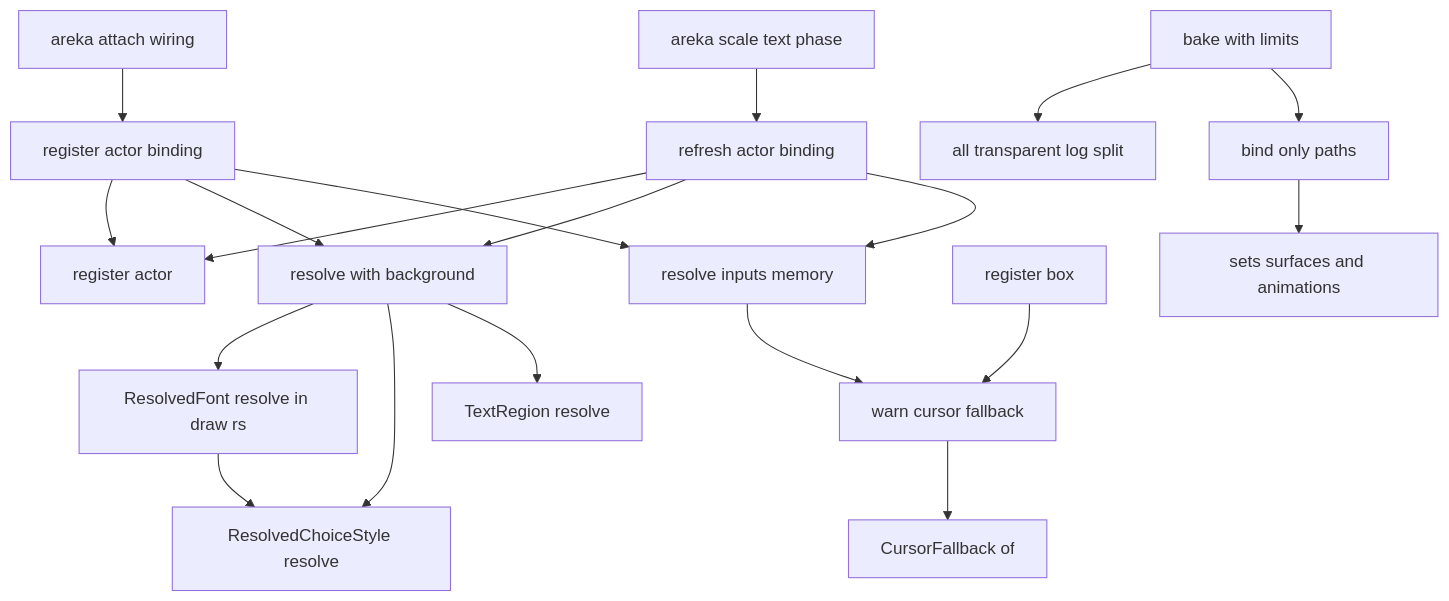
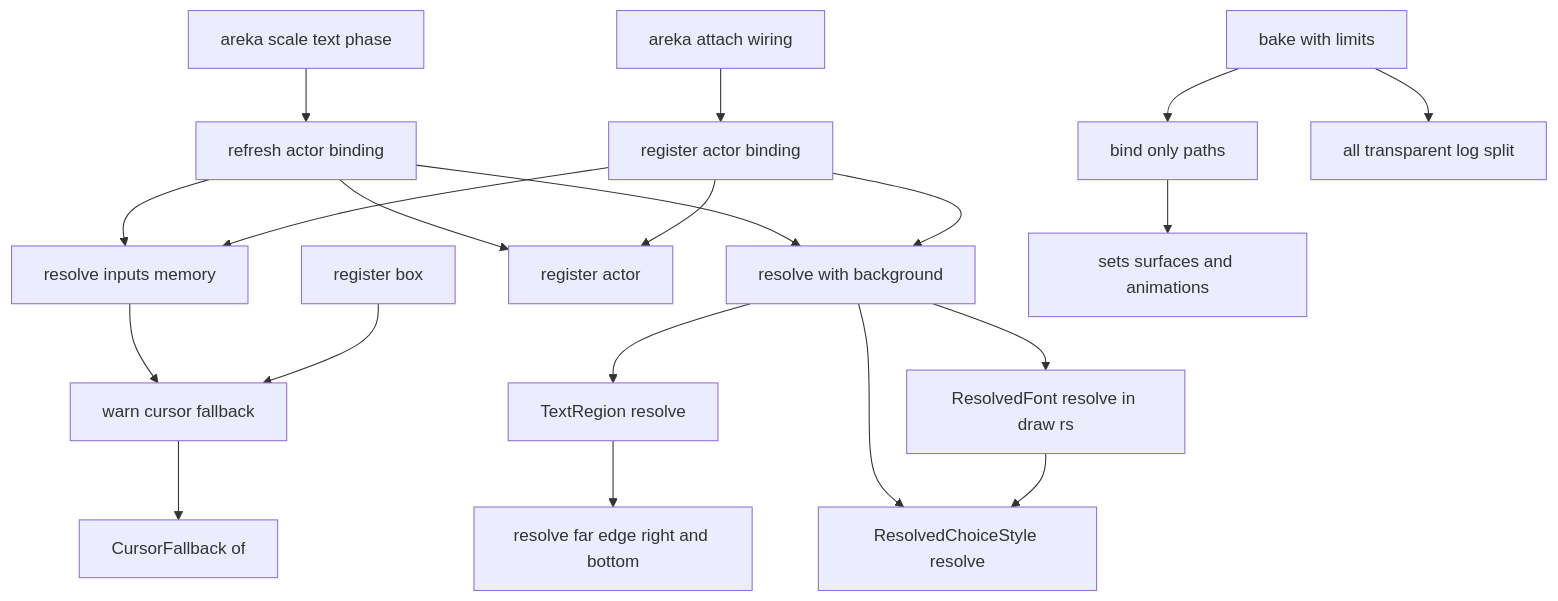
Before and after one commit to ekicyou/areka: the first of 3 diagrams in .kiro/specs/real-run-log-noise/design.md, drawn with Mermaid. The commit also changed other lines of this file and 1 other file, not shown here.

````diff
--- a/.kiro/specs/real-run-log-noise/design.md
+++ b/.kiro/specs/real-run-log-noise/design.md
@@ -74,21 +88,22 @@
 ```mermaid
 graph TB
     ScaleTextPhase[areka scale text phase] --> RefreshBinding[refresh actor binding]
     AttachWiring[areka attach wiring] --> RegisterBinding[register actor binding]
     RefreshBinding --> InputsMemory[resolve inputs memory]
     RegisterBinding --> InputsMemory
     RefreshBinding --> Resolve[resolve with background]
     RegisterBinding --> Resolve
     Resolve --> RegionResolve[TextRegion resolve]
+    RegionResolve --> FarEdge[resolve far edge right and bottom]
     Resolve --> ChoiceResolve[ResolvedChoiceStyle resolve]
     Resolve --> FontResolve[ResolvedFont resolve in draw rs]
     FontResolve --> ChoiceResolve
     RefreshBinding --> RegisterActor[register actor]
     RegisterBinding --> RegisterActor
     InputsMemory --> CursorWarn[warn cursor fallback]
     RegisterBox[register box] --> CursorWarn
     CursorWarn --> CursorFallback[CursorFallback of]
     BakeEntry[bake with limits] --> BindOnly[bind only paths]
     BindOnly --> ShellSurfaces[sets surfaces and animations]
     BakeEntry --> TransparentLog[all transparent log split]
 ```
````
